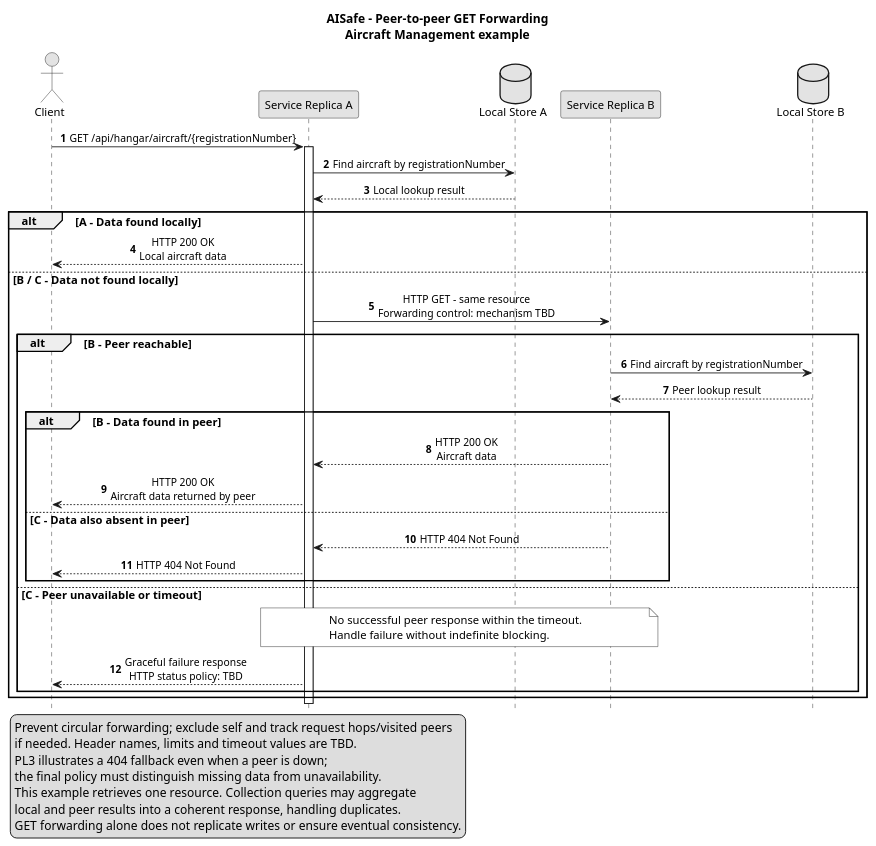
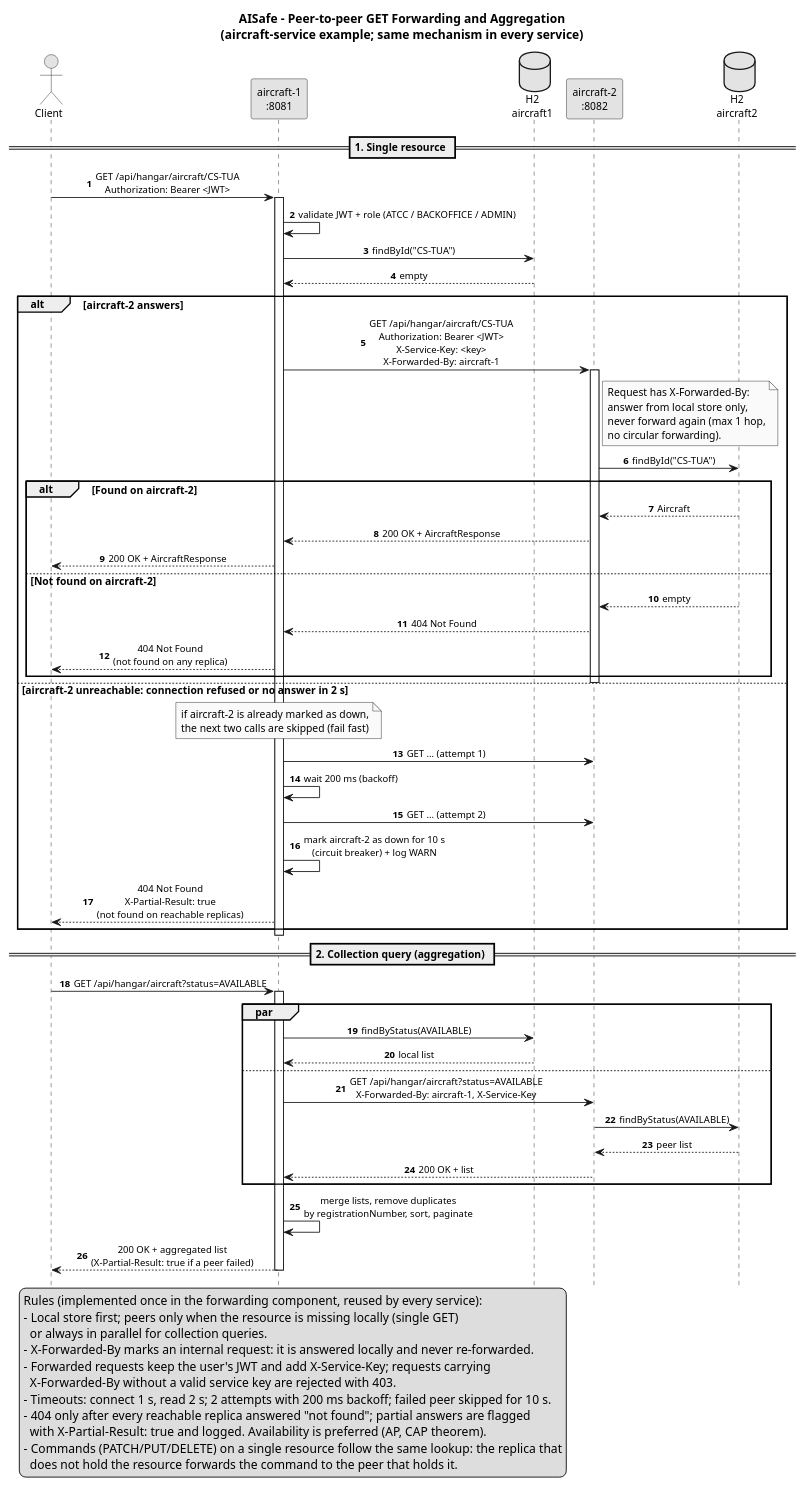
One commit to KolmerKinga/sisdig_1230426_1231051 changed the diagram in AISafe/docs/aisafe_diagrams/aisafe_peer_get_forwarding_sequence.puml. Above: the diagram before and after it, drawn with PlantUML. The commit also changed 20 other files, not shown here.

Commit message:
Alteração e correção nos diagramas .puml e na justificação

```diff
--- a/AISafe/docs/aisafe_diagrams/aisafe_peer_get_forwarding_sequence.puml
+++ b/AISafe/docs/aisafe_diagrams/aisafe_peer_get_forwarding_sequence.puml
@@ -1,63 +1,87 @@
 @startuml
-' Sources: SIDIS assignment replication requirement and LETI-SIDIS-PL3:
-' local lookup first, at least two instances, independent stores, HTTP GET,
-' circular-forwarding protection, timeouts and graceful error handling.
-' Example path comes from PSOFT HangarController; forwarding is not implemented.
-' PL3's simplified example returns 404 when all peers fail. Final error policy
-' for unavailability is left TBD rather than claiming verified absence.
-title AISafe - Peer-to-peer GET Forwarding\nAircraft Management example
+title AISafe - Peer-to-peer GET Forwarding and Aggregation\n(aircraft-service example; same mechanism in every service)
+
 skinparam monochrome true
 skinparam shadowing false
 skinparam defaultFontName SansSerif
-skinparam defaultFontSize 13
-skinparam ArrowFontSize 12
-skinparam NoteBackgroundColor white
+skinparam defaultFontSize 12
+skinparam ArrowFontSize 11
 skinparam sequenceMessageAlign center
 hide footbox
 autonumber
 
 actor "Client" as Client
-participant "Service Replica A" as A
-database "Local Store A" as StoreA
-participant "Service Replica B" as B
-database "Local Store B" as StoreB
+participant "aircraft-1\n:8081" as A
+database "H2\naircraft1" as StoreA
+participant "aircraft-2\n:8082" as B
+database "H2\naircraft2" as StoreB
 
-Client -> A : GET /api/hangar/aircraft/{registrationNumber}
+== 1. Single resource ==
+
+Client -> A : GET /api/hangar/aircraft/CS-TUA\nAuthorization: Bearer <JWT>
 activate A
-A -> StoreA : Find aircraft by registrationNumber
-StoreA --> A : Local lookup result
+A -> A : validate JWT + role (ATCC / BACKOFFICE / ADMIN)
+A -> StoreA : findById("CS-TUA")
+StoreA --> A : empty
 
-alt A - Data found locally
-  A --> Client : HTTP 200 OK\nLocal aircraft data
-else B / C - Data not found locally
-  A -> B : HTTP GET - same resource\nForwarding control: mechanism TBD
-  alt B - Peer reachable
-    B -> StoreB : Find aircraft by registrationNumber
-    StoreB --> B : Peer lookup result
-    alt B - Data found in peer
-      B --> A : HTTP 200 OK\nAircraft data
-      A --> Client : HTTP 200 OK\nAircraft data returned by peer
-    else C - Data also absent in peer
-      B --> A : HTTP 404 Not Found
-      A --> Client : HTTP 404 Not Found
-    end
-  else C - Peer unavailable or timeout
-    note over A, B
-      No successful peer response within the timeout.
-      Handle failure without indefinite blocking.
-    end note
-    A --> Client : Graceful failure response\nHTTP status policy: TBD
+alt aircraft-2 answers
+  A -> B : GET /api/hangar/aircraft/CS-TUA\nAuthorization: Bearer <JWT>\nX-Service-Key: <key>\nX-Forwarded-By: aircraft-1
+  activate B
+  note right of B
+    Request has X-Forwarded-By:
+    answer from local store only,
+    never forward again (max 1 hop,
+    no circular forwarding).
+  end note
+  B -> StoreB : findById("CS-TUA")
+  alt Found on aircraft-2
+    StoreB --> B : Aircraft
+    B --> A : 200 OK + AircraftResponse
+    A --> Client : 200 OK + AircraftResponse
+  else Not found on aircraft-2
+    StoreB --> B : empty
+    B --> A : 404 Not Found
+    A --> Client : 404 Not Found\n(not found on any replica)
   end
+  deactivate B
+else aircraft-2 unreachable: connection refused or no answer in 2 s
+  note over A : if aircraft-2 is already marked as down,\nthe next two calls are skipped (fail fast)
+  A -> B : GET ... (attempt 1)
+  A -> A : wait 200 ms (backoff)
+  A -> B : GET ... (attempt 2)
+  A -> A : mark aircraft-2 as down for 10 s\n(circuit breaker) + log WARN
+  A --> Client : 404 Not Found\nX-Partial-Result: true\n(not found on reachable replicas)
 end
 deactivate A
 
+== 2. Collection query (aggregation) ==
+
+Client -> A : GET /api/hangar/aircraft?status=AVAILABLE
+activate A
+par
+  A -> StoreA : findByStatus(AVAILABLE)
+  StoreA --> A : local list
+else
+  A -> B : GET /api/hangar/aircraft?status=AVAILABLE\nX-Forwarded-By: aircraft-1, X-Service-Key
+  B -> StoreB : findByStatus(AVAILABLE)
+  StoreB --> B : peer list
+  B --> A : 200 OK + list
+end
+A -> A : merge lists, remove duplicates\nby registrationNumber, sort, paginate
+A --> Client : 200 OK + aggregated list\n(X-Partial-Result: true if a peer failed)
+deactivate A
+
 legend bottom left
-  Prevent circular forwarding; exclude self and track request hops/visited peers
-  if needed. Header names, limits and timeout values are TBD.
-  PL3 illustrates a 404 fallback even when a peer is down;
-  the final policy must distinguish missing data from unavailability.
-  This example retrieves one resource. Collection queries may aggregate
-  local and peer results into a coherent response, handling duplicates.
-  GET forwarding alone does not replicate writes or ensure eventual consistency.
+  Rules (implemented once in the forwarding component, reused by every service):
+  - Local store first; peers only when the resource is missing locally (single GET)
+    or always in parallel for collection queries.
+  - X-Forwarded-By marks an internal request: it is answered locally and never re-forwarded.
+  - Forwarded requests keep the user's JWT and add X-Service-Key; requests carrying
+    X-Forwarded-By without a valid service key are rejected with 403.
+  - Timeouts: connect 1 s, read 2 s; 2 attempts with 200 ms backoff; failed peer skipped for 10 s.
+  - 404 only after every reachable replica answered "not found"; partial answers are flagged
+    with X-Partial-Result: true and logged. Availability is preferred (AP, CAP theorem).
+  - Commands (PATCH/PUT/DELETE) on a single resource follow the same lookup: the replica that
+    does not hold the resource forwards the command to the peer that holds it.
 endlegend
 @enduml
```
